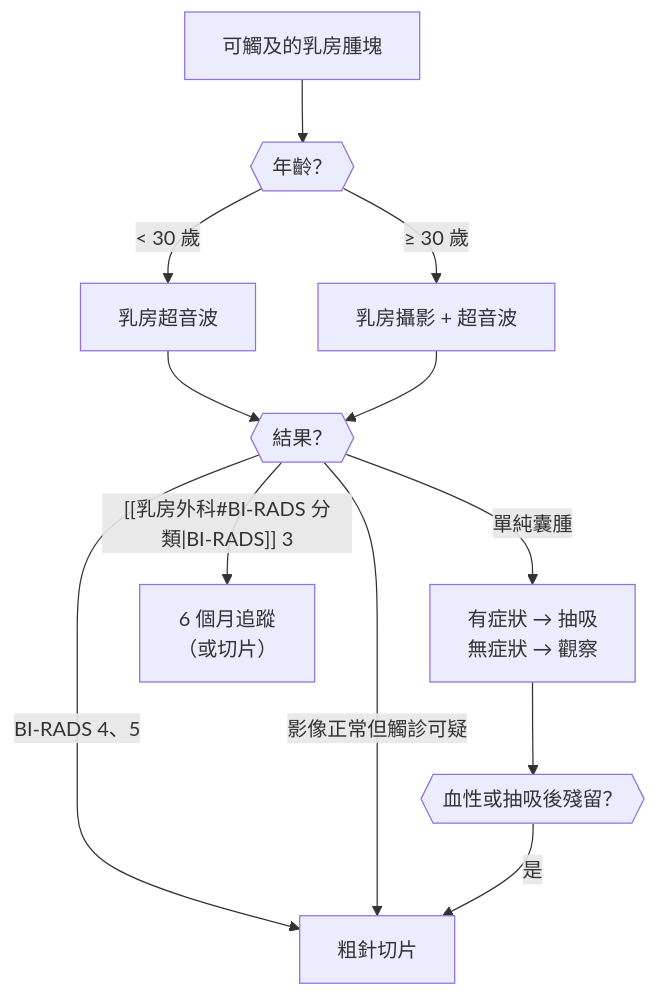
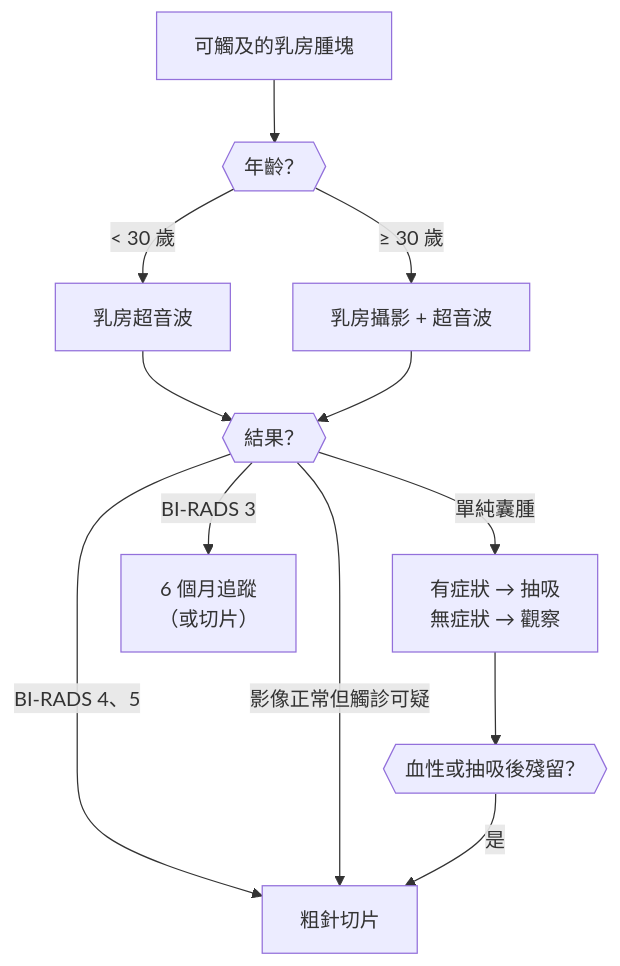
The third of 3 diagrams in frontend/content/clinical/complaints/obgyn.md (phantominor/phantomography), drawn with Mermaid before and after one commit. The commit also changed 6 other files, not shown here.

````diff
--- a/frontend/content/clinical/complaints/obgyn.md
+++ b/frontend/content/clinical/complaints/obgyn.md
@@ -740,14 +740,14 @@
 ```mermaid 乳房腫塊的評估
 flowchart TD
   A["可觸及的乳房腫塊"]:::start --> B{{"年齡？"}}
   B -->|"#60; 30 歲"| C["乳房超音波"]
   B -->|"≥ 30 歲"| D["乳房攝影 + 超音波"]
   C --> E{{"結果？"}}
   D --> E
   E -->|"單純囊腫"| F["有症狀 → 抽吸<br/>無症狀 → 觀察"]
-  E -->|"[[乳房外科#BI-RADS 分類|BI-RADS]] 3"| G["6 個月追蹤<br/>（或切片）"]
+  E -->|"BI-RADS 3"| G["6 個月追蹤<br/>（或切片）"]
   E -->|"BI-RADS 4、5"| H["粗針切片"]:::danger
   E -->|"影像正常但觸診可疑"| H
   F --> I{{"血性或抽吸後殘留？"}}
   I -->|"是"| H
 ```
````
